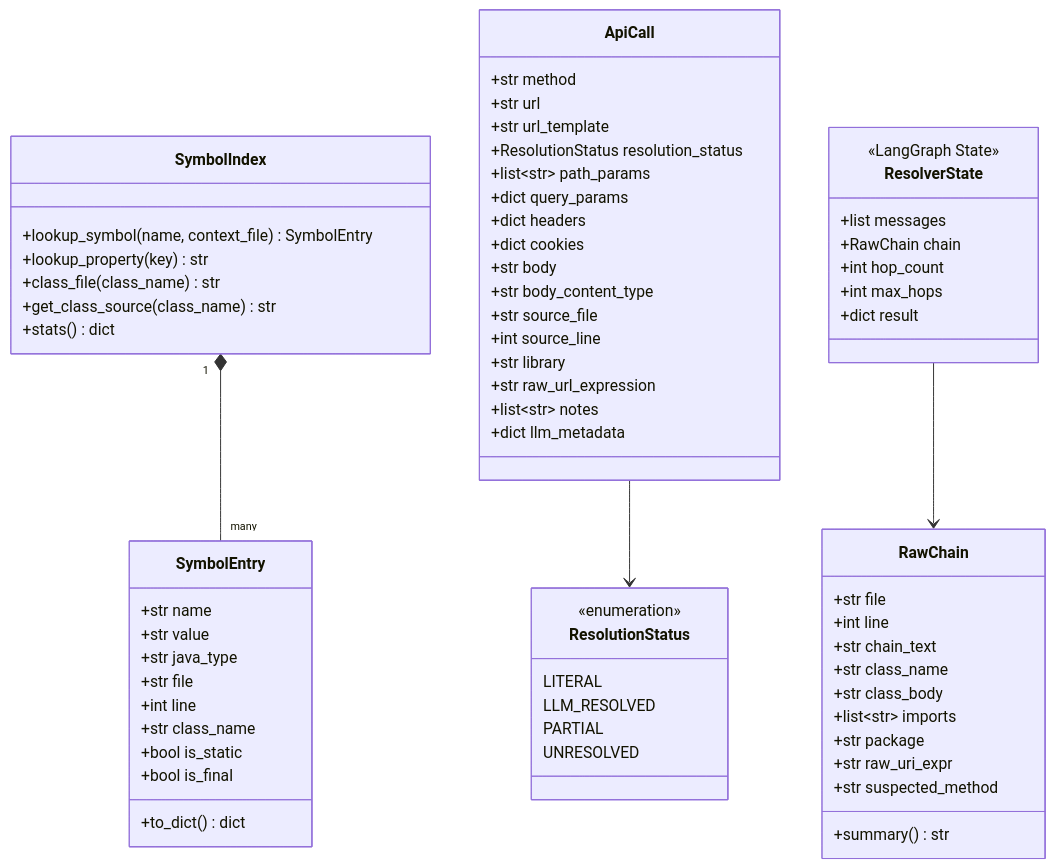
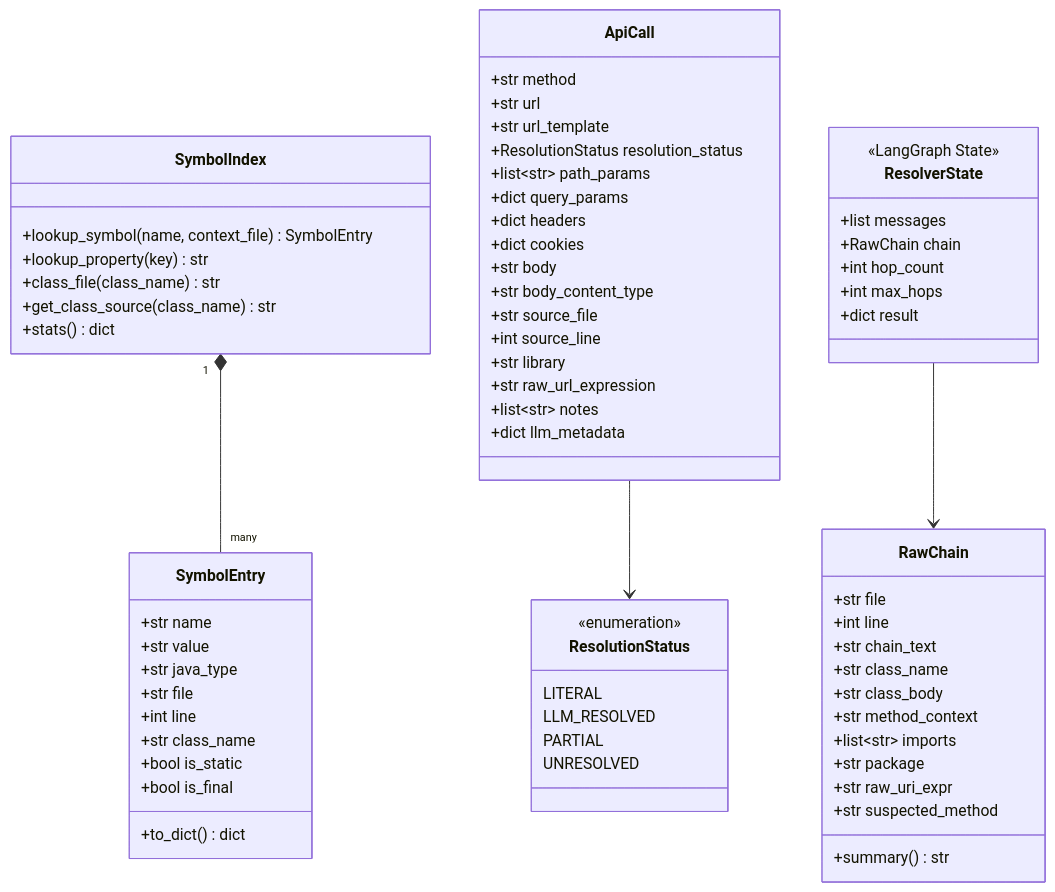
Before and after one commit to akshaymone/ai-agnets: the third of 5 diagrams in docs/architecture_handover.md, drawn with Mermaid. The commit also changed other lines of this file, not shown here.

First line of the commit message:
docs: update architecture_handover.md for v2.1 live state

````diff
--- a/docs/architecture_handover.md
+++ b/docs/architecture_handover.md
@@ -160,75 +160,76 @@
 ```mermaid
 classDiagram
     class RawChain {
         +str file
         +int line
         +str chain_text
         +str class_name
         +str class_body
+        +str method_context
         +list~str~ imports
         +str package
         +str raw_uri_expr
         +str suspected_method
         +summary() str
     }
 
     class SymbolEntry {
         +str name
         +str value
         +str java_type
         +str file
         +int line
         +str class_name
         +bool is_static
         +bool is_final
         +to_dict() dict
     }
 
     class SymbolIndex {
         +lookup_symbol(name, context_file) SymbolEntry
         +lookup_property(key) str
         +class_file(class_name) str
         +get_class_source(class_name) str
         +stats() dict
     }
 
     class ApiCall {
         +str method
         +str url
         +str url_template
         +ResolutionStatus resolution_status
         +list~str~ path_params
         +dict query_params
         +dict headers
         +dict cookies
         +str body
         +str body_content_type
         +str source_file
         +int source_line
         +str library
         +str raw_url_expression
         +list~str~ notes
         +dict llm_metadata
     }
 
     class ResolutionStatus {
         <<enumeration>>
         LITERAL
         LLM_RESOLVED
         PARTIAL
         UNRESOLVED
     }
 
     class ResolverState {
         <<LangGraph State>>
         +list messages
         +RawChain chain
         +int hop_count
         +int max_hops
         +dict result
     }
 
     SymbolIndex "1" *-- "many" SymbolEntry
     ResolverState --> RawChain
     ApiCall --> ResolutionStatus
 ```
````
